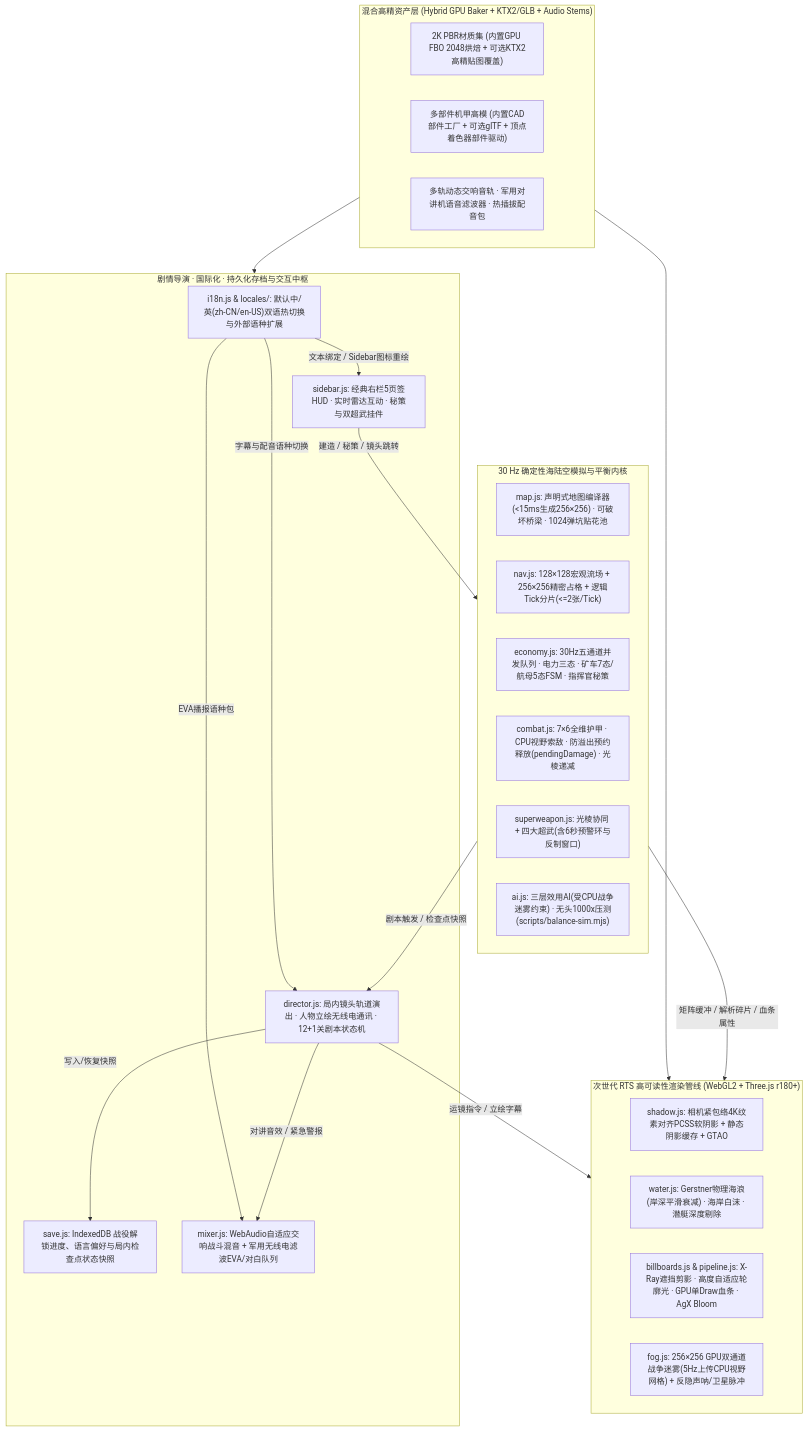
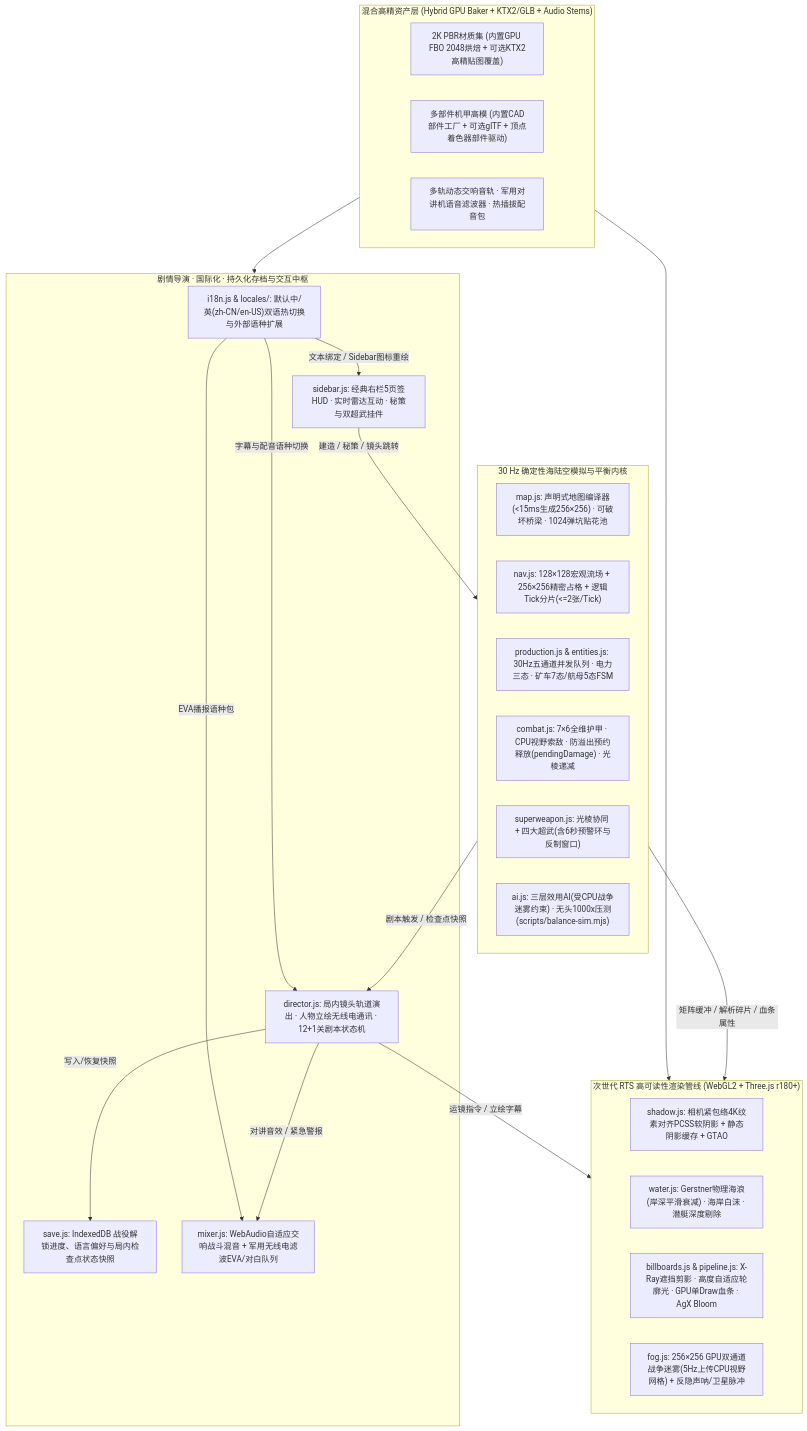
One commit to mullvadcat/RedAlert3A changed the first of 2 diagrams in docs/SDD.md. Above: the diagram before and after it, drawn with Mermaid. The commit also changed other lines of this file and 1 other file, not shown here.

Commit message:
docs: add command schema, powerState/aiState contracts, PRD mechanics and sync SDD tree

````diff
--- a/docs/SDD.md
+++ b/docs/SDD.md
@@ -13,44 +13,44 @@
 ```mermaid
 flowchart TB
     subgraph Assets["混合高精资产层 (Hybrid GPU Baker + KTX2/GLB + Audio Stems)"]
         TEX["2K PBR材质集 (内置GPU FBO 2048烘焙 + 可选KTX2高精贴图覆盖)"]
         MDL["多部件机甲高模 (内置CAD部件工厂 + 可选glTF + 顶点着色器部件驱动)"]
         SND["多轨动态交响音轨 · 军用对讲机语音滤波器 · 热插拔配音包"]
     end
 
     subgraph Presentation["次世代 RTS 高可读性渲染管线 (WebGL2 + Three.js r180+)"]
         SHD["shadow.js: 相机紧包络4K纹素对齐PCSS软阴影 + 静态阴影缓存 + GTAO"]
         WTR["water.js: Gerstner物理海浪(岸深平滑衰减) · 海岸白沫 · 潜艇深度剔除"]
         VIS["billboards.js & pipeline.js: X-Ray遮挡剪影 · 高度自适应轮廓光 · GPU单Draw血条 · AgX Bloom"]
         FOG["fog.js: 256×256 GPU双通道战争迷雾(5Hz上传CPU视野网格) + 反隐声呐/卫星脉冲"]
     end
 
     subgraph Simulation["30 Hz 确定性海陆空模拟与平衡内核"]
         MAP["map.js: 声明式地图编译器(<15ms生成256×256) · 可破坏桥梁 · 1024弹坑贴花池"]
         NAV["nav.js: 128×128宏观流场 + 256×256精密占格 + 逻辑Tick分片(<=2张/Tick)"]
-        ECO["economy.js: 30Hz五通道并发队列 · 电力三态 · 矿车7态/航母5态FSM · 指挥官秘策"]
+        ECO["production.js & entities.js: 30Hz五通道并发队列 · 电力三态 · 矿车7态/航母5态FSM"]
         CMB["combat.js: 7×6全维护甲 · CPU视野索敌 · 防溢出预约释放(pendingDamage) · 光棱递减"]
         SW["superweapon.js: 光棱协同 + 四大超武(含6秒预警环与反制窗口)"]
         AI["ai.js: 三层效用AI(受CPU战争迷雾约束) · 无头1000x压测(scripts/balance-sim.mjs)"]
     end
 
     subgraph StoryUI["剧情导演 · 国际化 · 持久化存档与交互中枢"]
         I18N["i18n.js & locales/: 默认中/英(zh-CN/en-US)双语热切换与外部语种扩展"]
         SAVE["save.js: IndexedDB 战役解锁进度、语言偏好与局内检查点状态快照"]
         DIR["director.js: 局内镜头轨道演出 · 人物立绘无线电通讯 · 12+1关剧本状态机"]
         SIDE["sidebar.js: 经典右栏5页签HUD · 实时雷达互动 · 秘策与双超武挂件"]
         AUD["mixer.js: WebAudio自适应交响战斗混音 + 军用无线电滤波EVA/对白队列"]
     end
 
     Assets --> Presentation
     Assets --> StoryUI
     I18N -->|"文本绑定 / Sidebar图标重绘"| SIDE
     I18N -->|"字幕与配音语种切换"| DIR
     I18N -->|"EVA播报语种包"| AUD
     SIDE -->|"建造 / 秘策 / 镜头跳转"| Simulation
     Simulation -->|"矩阵缓冲 / 解析碎片 / 血条属性"| Presentation
     Simulation -->|"剧本触发 / 检查点快照"| DIR
     DIR -->|"写入/恢复快照"| SAVE
     DIR -->|"运镜指令 / 立绘字幕"| Presentation
     DIR -->|"对讲音效 / 紧急警报"| AUD
 ```
````
